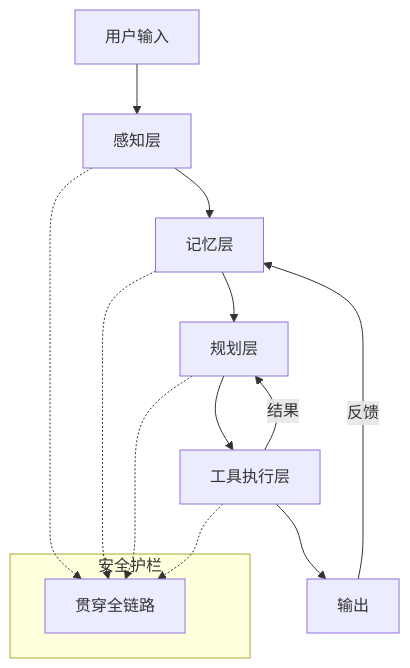
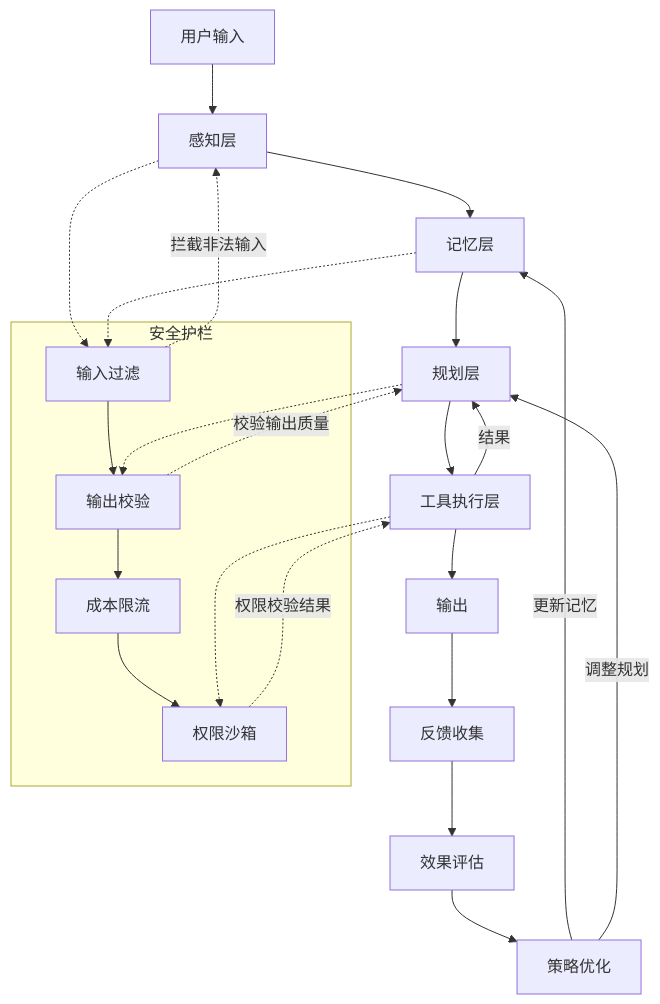
One commit to wb04307201/wb04307201 changed the third of 3 diagrams in note/14.story/01-ai-agent-architecture.md. Above: the diagram before and after it, drawn with Mermaid. The commit also changed other lines of this file and 28 other files, not shown here.

````diff
--- a/note/14.story/01-ai-agent-architecture.md
+++ b/note/14.story/01-ai-agent-architecture.md
@@ -218,17 +232,30 @@
 ```mermaid
 graph TD
     U[用户输入] --> P[感知层]
     P --> M[记忆层]
     M --> PL[规划层]
     PL --> T[工具执行层]
     T --> O[输出]
-    O -->|反馈| M
+    O --> FB[反馈收集]
+    FB --> EV[效果评估]
+    EV --> OP[策略优化]
+    OP -->|更新记忆| M
+    OP -->|调整规划| PL
     T -->|结果| PL
     subgraph 安全护栏
-        G[贯穿全链路]
+        G1[输入过滤]
+        G2[输出校验]
+        G3[成本限流]
+        G4[权限沙箱]
+        G1 --> G2
+        G2 --> G3
+        G3 --> G4
     end
-    P -.-> G
-    M -.-> G
-    PL -.-> G
-    T -.-> G
+    P -.-> G1
+    M -.-> G1
+    PL -.-> G2
+    T -.-> G4
+    G1 -.->|拦截非法输入| P
+    G2 -.->|校验输出质量| PL
+    G4 -.->|权限校验结果| T
 ```
````
